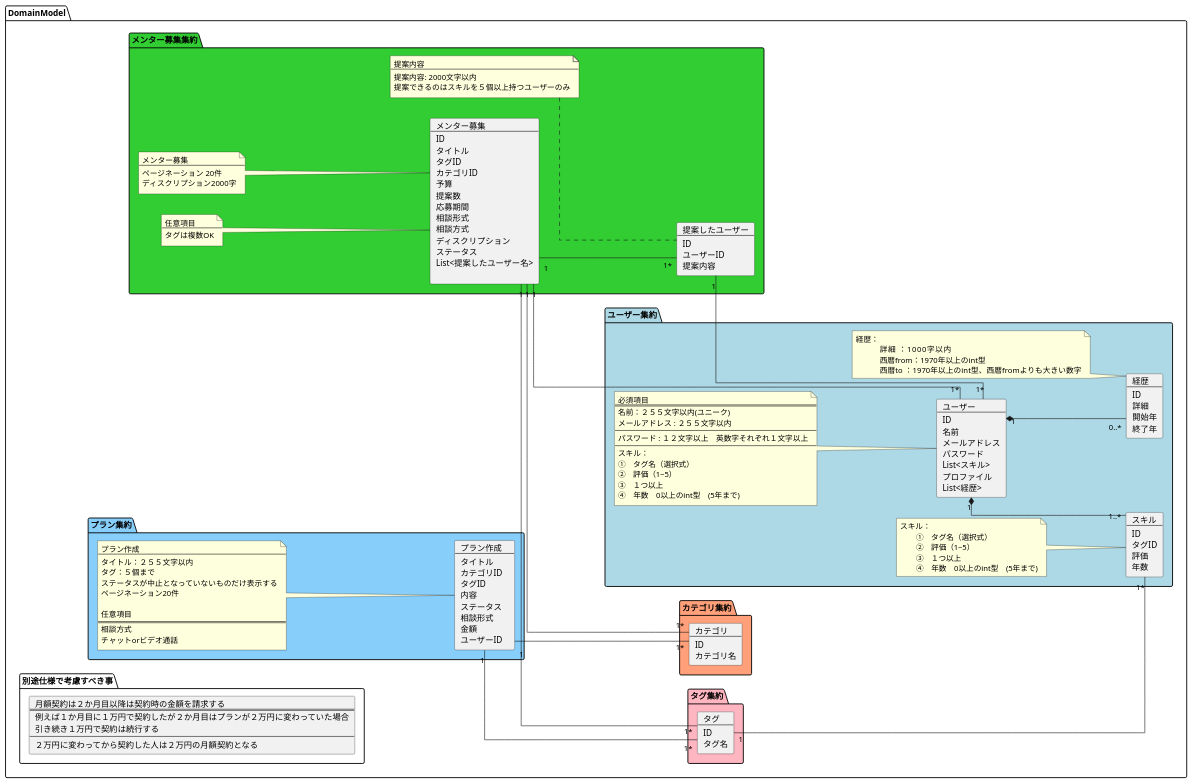
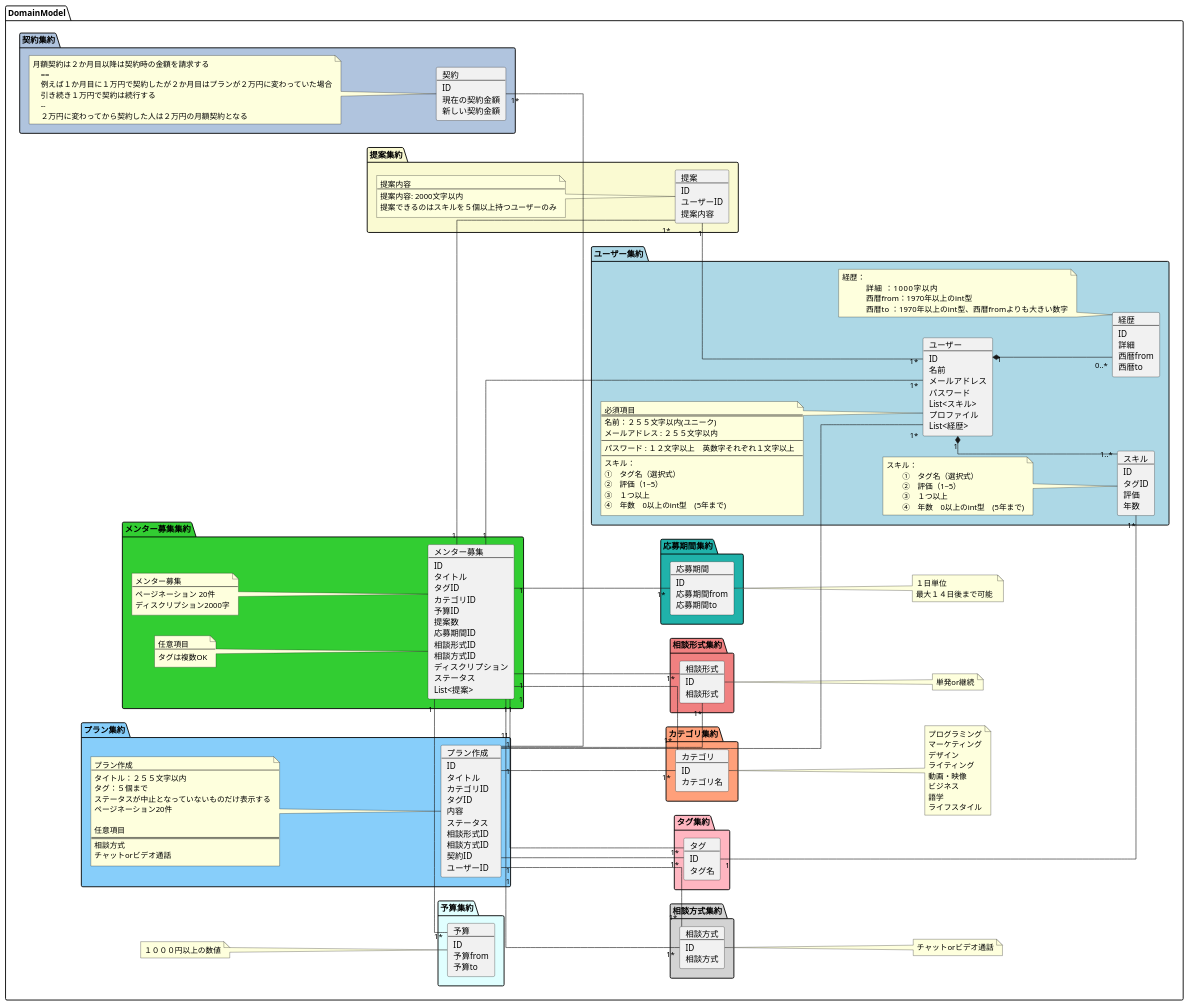
One commit to FUJI0130/curriculum changed the diagram in domain_model.pu. Above: the diagram before and after it, drawn with PlantUML.

Commit message:
集約をいくつか追加 内容を修正

```diff
--- a/domain_model.pu
+++ b/domain_model.pu
@@ -18,7 +18,7 @@
             タグ名
         ]
     }
-
+        
     package カテゴリ集約 #LightSalmon
     {
         card カテゴリ[
@@ -28,6 +28,108 @@
             カテゴリ名
         ]
     }
+        note right of カテゴリ 
+        プログラミング
+        マーケティング
+        デザイン
+        ライティング
+        動画・映像
+        ビジネス
+        語学
+        ライフスタイル
+        end note
+    package 相談形式集約 #LightCoral
+    {
+        card 相談形式[
+            相談形式
+            --
+            ID
+            相談形式
+        ]
+
+    }
+        note right of 相談形式
+        単発or継続
+        end note
+    package 相談方式集約 #LightGray
+    {
+        card 相談方式[
+            相談方式
+            --
+            ID
+            相談方式
+        ]
+
+    }
+        note right of 相談方式
+        チャットorビデオ通話
+        end note
+
+    package 予算集約 #LightCyan
+    {
+        card 予算[
+            予算
+            --
+            ID
+            予算from
+            予算to
+        ]
+    }
+        note left of 予算
+            １０００円以上の数値
+        end note
+
+    package 応募期間集約 #LightSeaGreen
+    {
+        card 応募期間[
+            応募期間
+            --
+            ID
+            応募期間from
+            応募期間to
+        ]
+    }
+        note right of 応募期間
+           １日単位
+           最大１４日後まで可能 
+        end note
+    package 契約集約 #LightSteelBlue
+    {
+        card 契約[
+            契約
+            --
+            ID
+            現在の契約金額
+            新しい契約金額
+        ]
+
+        note left of 契約
+        月額契約は２か月目以降は契約時の金額を請求する
+            ==
+            例えば１か月目に１万円で契約したが２か月目はプランが２万円に変わっていた場合
+            引き続き１万円で契約は続行する
+            --
+            ２万円に変わってから契約した人は２万円の月額契約となる
+        end note
+    }
+
+    package 提案集約 #LightGoldenRodYellow
+    {
+        card 提案[
+            提案
+            --
+            ID
+            ユーザーID
+            提案内容
+        ]
+        note left of 提案
+            提案内容
+            --
+            提案内容: 2000文字以内
+            提案できるのはスキルを５個以上持つユーザーのみ
+        end note
+    }
+
     package ユーザー集約 #lightblue
     {
         card ユーザー[
@@ -56,8 +158,8 @@
             --
             ID
             詳細
-            開始年
-            終了年
+            西暦from
+            西暦to
         ]
 
 
@@ -106,30 +208,27 @@
             タイトル
             タグID
             カテゴリID
-            予算
+            予算ID
             提案数
-            応募期間
-            相談形式
-            相談方式
+            応募期間ID
+            相談形式ID
+            相談方式ID
             ディスクリプション
             ステータス
-            List<提案したユーザー名>
-            
+            List<提案>
         ]
 
-        card 提案したユーザー[
-            提案したユーザー
-            --
-            ID
-            ユーザーID
-            提案内容
-        ]
+        
         
         メンター募集 "1" -- "1*" タグ
         メンター募集 "1" -- "1*" カテゴリ
         メンター募集 "1" -- "1*" ユーザー
-        メンター募集 "1" -- "1*" 提案したユーザー
-        提案したユーザー "1" -- "1*" ユーザー
+        メンター募集 "1" -- "1*" 提案
+        メンター募集 "1" - "1*" 予算
+        メンター募集 "1" -- "1*" 応募期間 
+        メンター募集 "1" -- "1*" 相談形式
+        メンター募集 "1" -- "1*" 相談方式
+        提案 "1" -- "1*" ユーザー
 
         note left of メンター募集
             メンター募集
@@ -144,12 +243,7 @@
             タグは複数OK
         end note
 
-        note left of 提案したユーザー
-            提案内容
-            --
-            提案内容: 2000文字以内
-            提案できるのはスキルを５個以上持つユーザーのみ
-        end note
+        
 
     }
 
@@ -158,18 +252,24 @@
         card プラン作成[
             プラン作成
             --
+            ID
             タイトル
             カテゴリID
             タグID
             内容
             ステータス
-            相談形式
-            金額
+            相談形式ID
+            相談方式ID
+            契約ID
             ユーザーID   
         ]
 
         プラン作成 "1" -- "1*" タグ
         プラン作成 "1" -- "1*" カテゴリ
+        プラン作成 "1" -- "1*" 相談形式
+        プラン作成 "1" -- "1*" 相談方式
+        プラン作成 "1" - "1*" 契約
+        プラン作成 "1" -- "1*" ユーザー
 
         note left of プラン作成
             プラン作成 
@@ -185,19 +285,7 @@
             チャットorビデオ通話
         end note
     }
-
-
-
-    package 別途仕様で考慮すべき事{
-        card 月額契約[
-            月額契約は２か月目以降は契約時の金額を請求する
-            ==
-            例えば１か月目に１万円で契約したが２か月目はプランが２万円に変わっていた場合
-            引き続き１万円で契約は続行する
-            --
-            ２万円に変わってから契約した人は２万円の月額契約となる
-        ]
-    }
+    
 }
 
 @enduml
```
